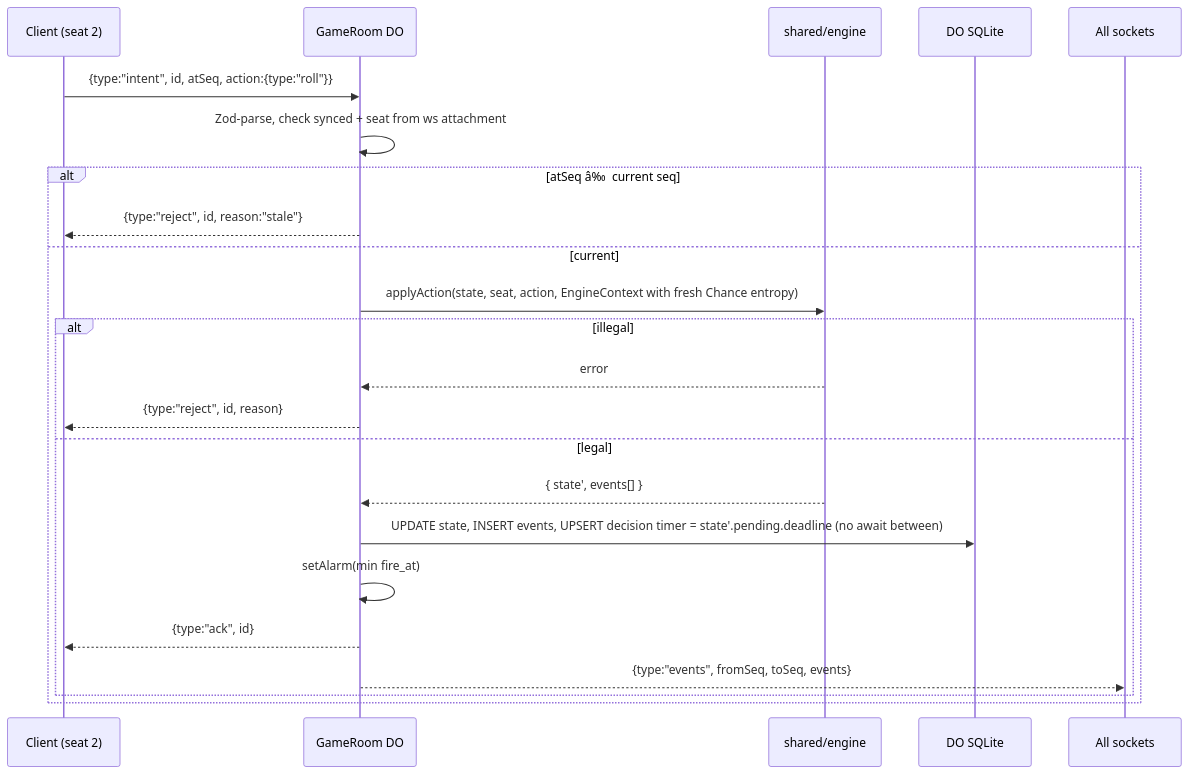
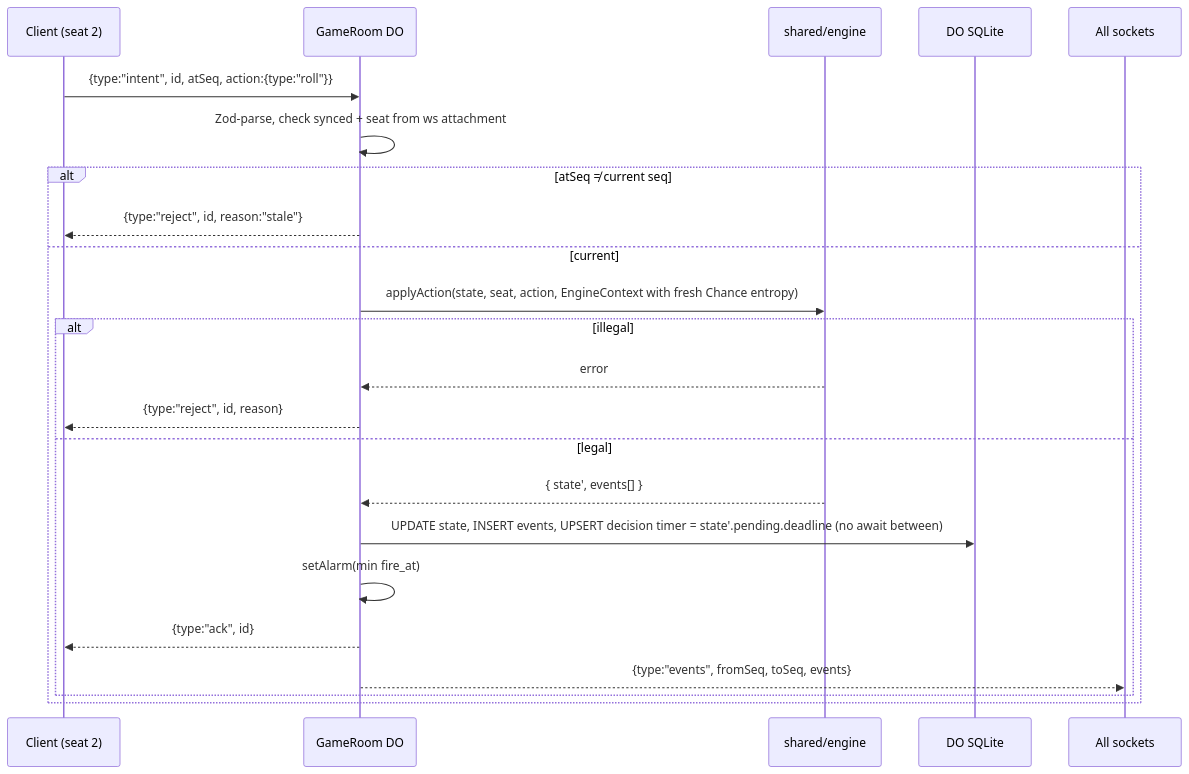
One commit to Rusutsu-Studios/Polytour changed the third of 3 diagrams in docs/ARCHITECTURE.md. Above: the diagram before and after it, drawn with Mermaid. The commit also changed other lines of this file and 4 other files, not shown here.

````diff
--- a/docs/ARCHITECTURE.md
+++ b/docs/ARCHITECTURE.md
@@ -307,26 +306,26 @@
 ```mermaid
 sequenceDiagram
   participant C as Client (seat 2)
   participant DO as GameRoom DO
   participant E as shared/engine
   participant S as DO SQLite
   participant All as All sockets
 
   C->>DO: {type:"intent", id, atSeq, action:{type:"roll"}}
   DO->>DO: Zod-parse, check synced + seat from ws attachment
-  alt atSeq â‰  current seq
+  alt atSeq ≠ current seq
     DO-->>C: {type:"reject", id, reason:"stale"}
   else current
     DO->>E: applyAction(state, seat, action, EngineContext with fresh Chance entropy)
     alt illegal
       E-->>DO: error
       DO-->>C: {type:"reject", id, reason}
     else legal
       E-->>DO: { state', events[] }
       DO->>S: UPDATE state, INSERT events, UPSERT decision timer = state'.pending.deadline (no await between)
       DO->>DO: setAlarm(min fire_at)
       DO-->>C: {type:"ack", id}
       DO-->>All: {type:"events", fromSeq, toSeq, events}
     end
   end
 ```
````
